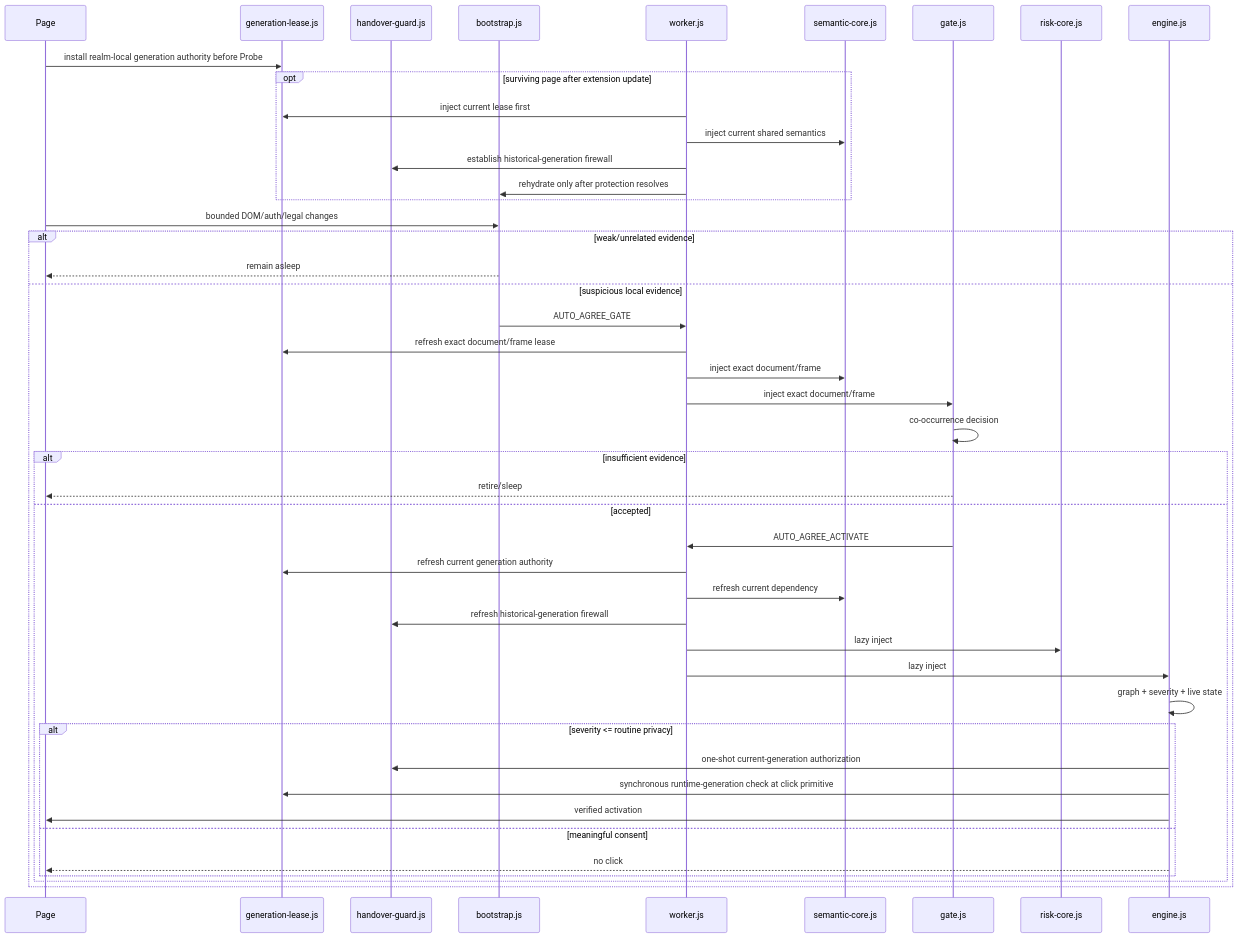
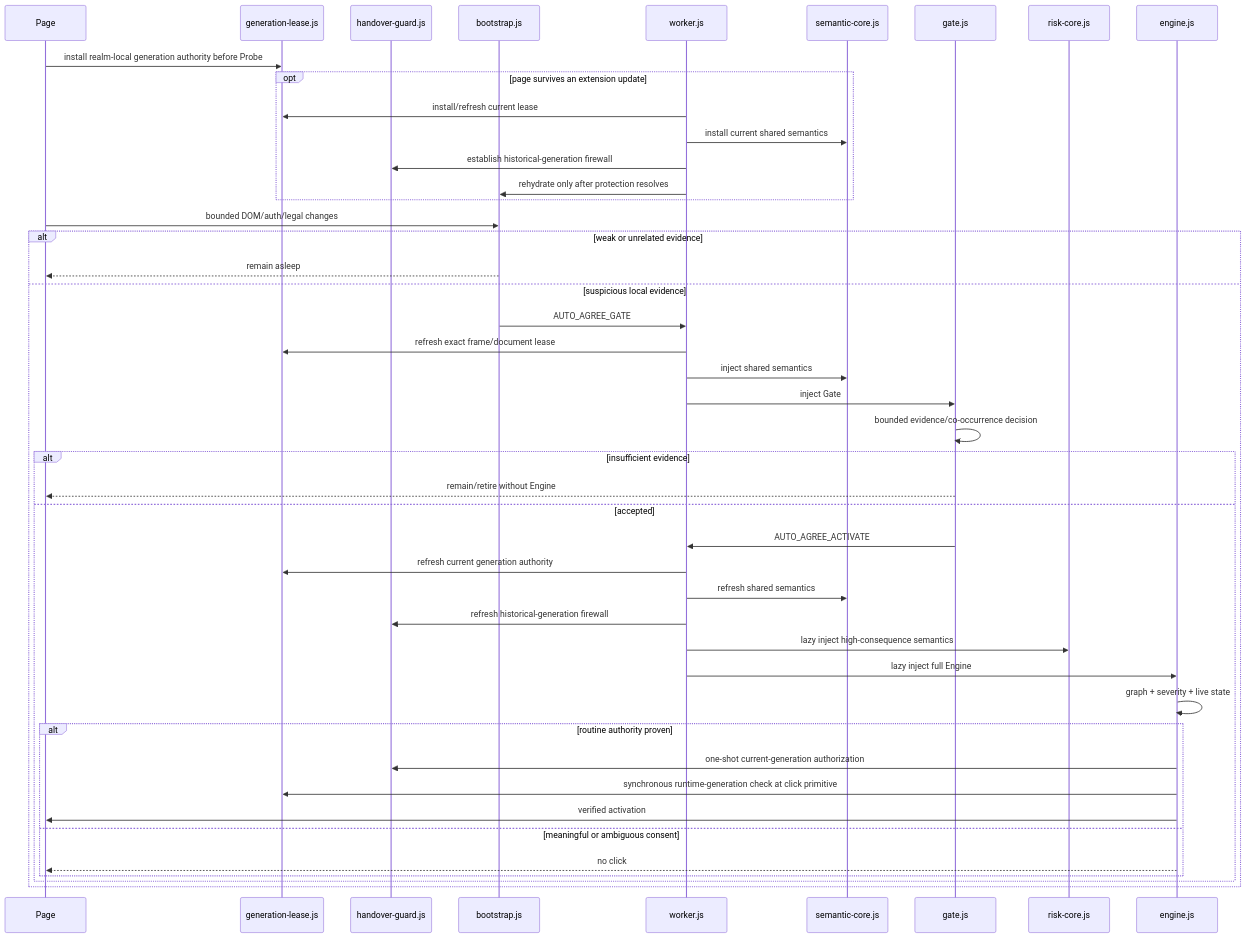
Before and after one commit to QzCrane/auto-agree: the diagram in docs/architecture.md, drawn with Mermaid. The commit also changed other lines of this file and 24 other files, not shown here.

````diff
--- a/docs/architecture.md
+++ b/docs/architecture.md
@@ -15,49 +19,49 @@
 ```mermaid
 sequenceDiagram
   participant Page
   participant Lease as generation-lease.js
   participant Guard as handover-guard.js
   participant Probe as bootstrap.js
   participant Worker as worker.js
   participant Core as semantic-core.js
   participant Gate as gate.js
   participant Risk as risk-core.js
   participant Engine as engine.js
 
   Page->>Lease: install realm-local generation authority before Probe
-  opt surviving page after extension update
-    Worker->>Lease: inject current lease first
-    Worker->>Core: inject current shared semantics
+  opt page survives an extension update
+    Worker->>Lease: install/refresh current lease
+    Worker->>Core: install current shared semantics
     Worker->>Guard: establish historical-generation firewall
     Worker->>Probe: rehydrate only after protection resolves
   end
 
   Page->>Probe: bounded DOM/auth/legal changes
-  alt weak/unrelated evidence
+  alt weak or unrelated evidence
     Probe-->>Page: remain asleep
   else suspicious local evidence
     Probe->>Worker: AUTO_AGREE_GATE
-    Worker->>Lease: refresh exact document/frame lease
-    Worker->>Core: inject exact document/frame
-    Worker->>Gate: inject exact document/frame
-    Gate->>Gate: co-occurrence decision
+    Worker->>Lease: refresh exact frame/document lease
+    Worker->>Core: inject shared semantics
+    Worker->>Gate: inject Gate
+    Gate->>Gate: bounded evidence/co-occurrence decision
     alt insufficient evidence
-      Gate-->>Page: retire/sleep
+      Gate-->>Page: remain/retire without Engine
     else accepted
       Gate->>Worker: AUTO_AGREE_ACTIVATE
       Worker->>Lease: refresh current generation authority
-      Worker->>Core: refresh current dependency
+      Worker->>Core: refresh shared semantics
       Worker->>Guard: refresh historical-generation firewall
-      Worker->>Risk: lazy inject
-      Worker->>Engine: lazy inject
+      Worker->>Risk: lazy inject high-consequence semantics
+      Worker->>Engine: lazy inject full Engine
       Engine->>Engine: graph + severity + live state
-      alt severity <= routine privacy
+      alt routine authority proven
         Engine->>Guard: one-shot current-generation authorization
         Engine->>Lease: synchronous runtime-generation check at click primitive
         Engine->>Page: verified activation
-      else meaningful consent
+      else meaningful or ambiguous consent
         Engine-->>Page: no click
       end
     end
   end
 ```
````
